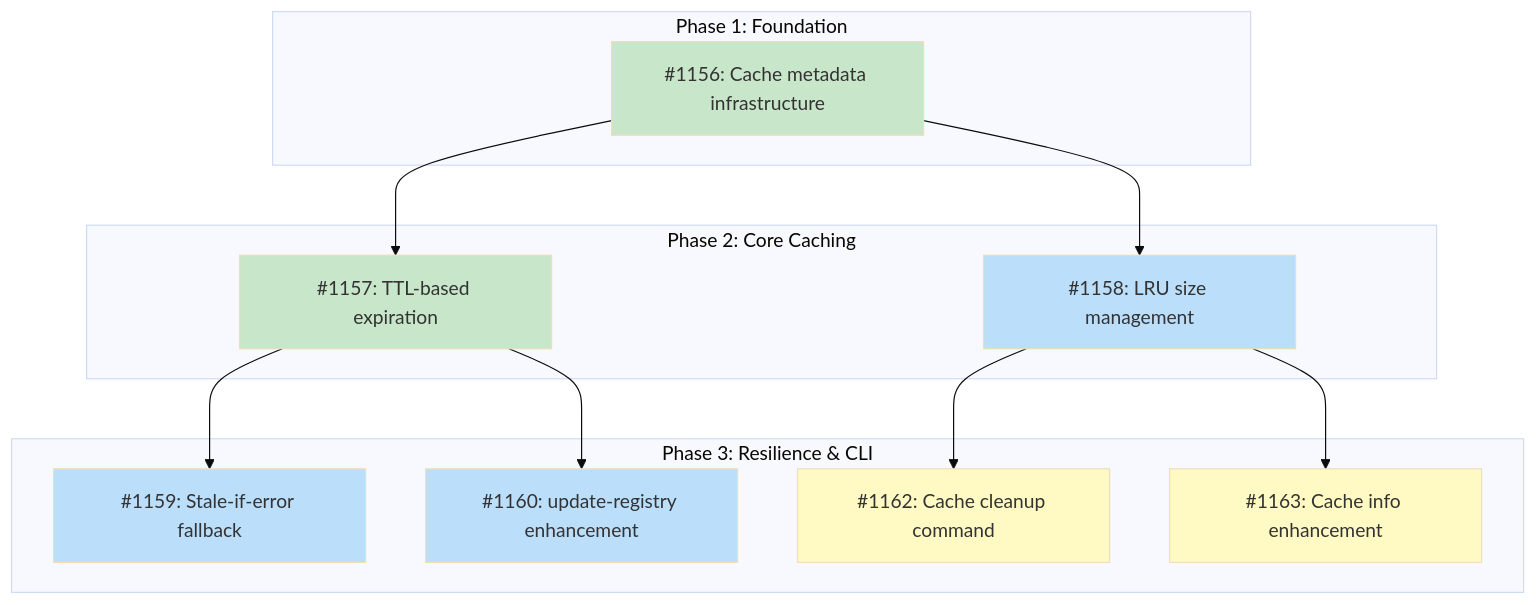
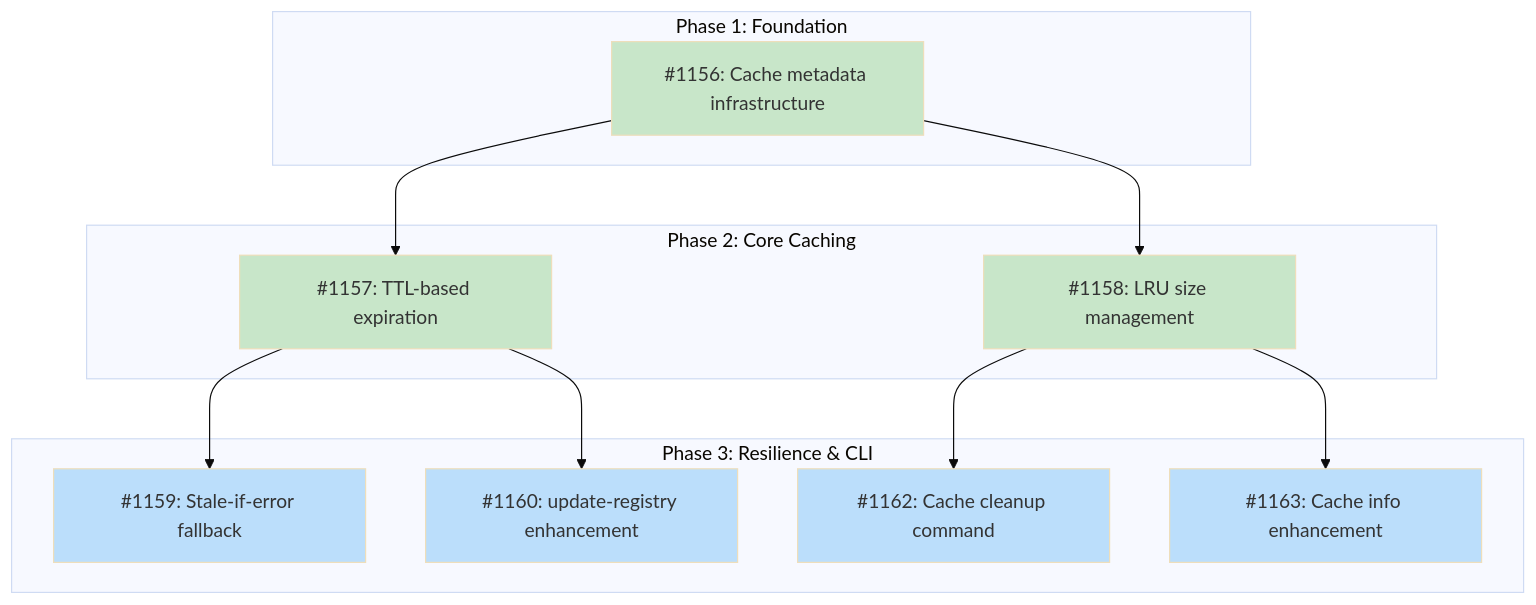
The diagram in docs/designs/DESIGN-registry-cache-policy.md (tsukumogami/tsuku), drawn with Mermaid (base theme) before and after one commit. The commit also changed other lines of this file and 6 other files, not shown here.

````diff
--- a/docs/designs/DESIGN-registry-cache-policy.md
+++ b/docs/designs/DESIGN-registry-cache-policy.md
@@ -30,35 +30,33 @@
 ```mermaid
 graph TD
     subgraph Phase1["Phase 1: Foundation"]
         I1156["#1156: Cache metadata infrastructure"]
     end
 
     subgraph Phase2["Phase 2: Core Caching"]
         I1157["#1157: TTL-based expiration"]
         I1158["#1158: LRU size management"]
     end
 
     subgraph Phase3["Phase 3: Resilience & CLI"]
         I1159["#1159: Stale-if-error fallback"]
         I1160["#1160: update-registry enhancement"]
         I1162["#1162: Cache cleanup command"]
         I1163["#1163: Cache info enhancement"]
     end
 
     I1156 --> I1157
     I1156 --> I1158
     I1157 --> I1159
     I1157 --> I1160
     I1158 --> I1162
     I1158 --> I1163
 
     classDef done fill:#c8e6c9
     classDef ready fill:#bbdefb
     classDef blocked fill:#fff9c4
     classDef needsDesign fill:#e1bee7
 
-    class I1156,I1157 done
-    class I1158 ready
-    class I1159,I1160 ready
-    class I1162,I1163 blocked
+    class I1156,I1157,I1158 done
+    class I1159,I1160,I1162,I1163 ready
 ```
````
